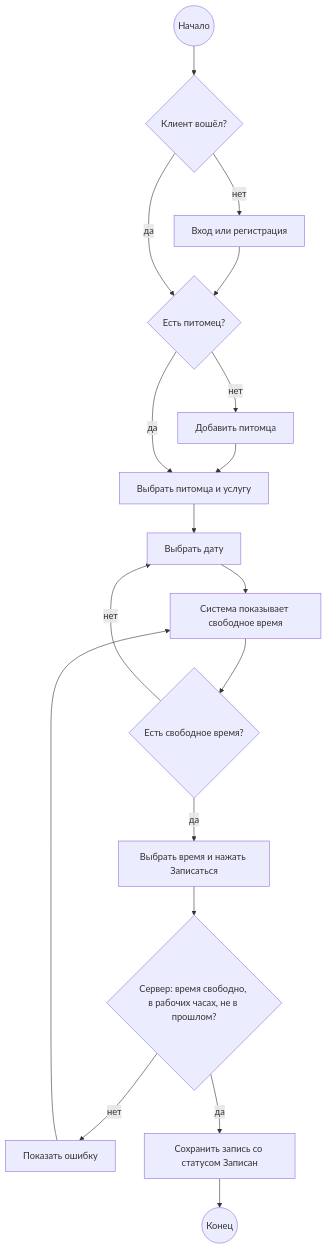
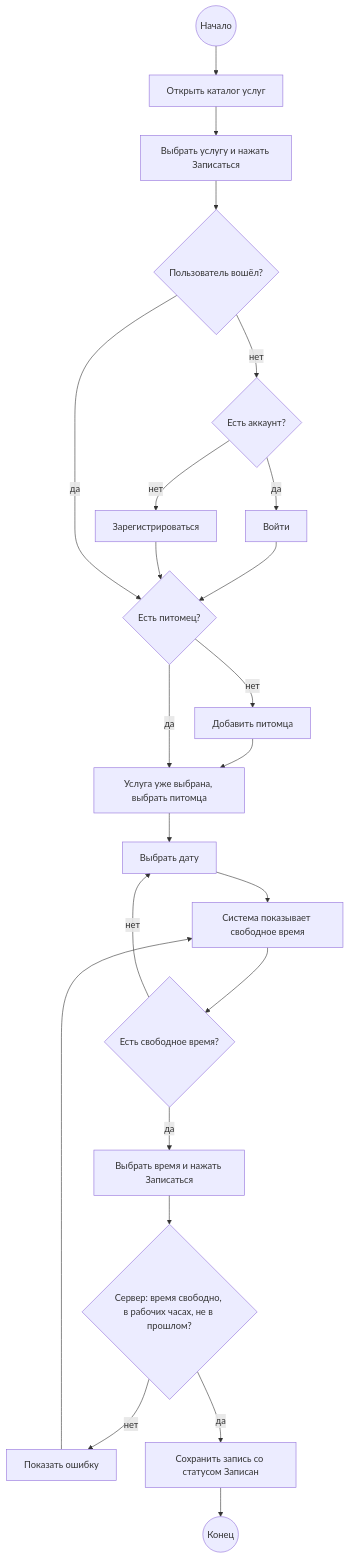
The second of 5 diagrams in docs/2_proektirovanie.md (pvts19/Gruminf_SPO), drawn with Mermaid before and after one commit. The commit also changed 15 other files, not shown here.

Commit message:
Сначала выбор услуги, потом вход или регистрация; часовой пояс в Docker

````diff
--- a/docs/2_proektirovanie.md
+++ b/docs/2_proektirovanie.md
@@ -53,17 +53,23 @@
 ```mermaid
 flowchart TD
-    start((Начало)) --> login{Клиент вошёл?}
-    login -- нет --> doLogin[Вход или регистрация] --> hasPet
+    start((Начало)) --> catalog[Открыть каталог услуг]
+    catalog --> service[Выбрать услугу и нажать Записаться]
+    service --> login{Пользователь вошёл?}
+    login -- нет --> hasAcc{Есть аккаунт?}
+    hasAcc -- да --> doLogin[Войти]
+    hasAcc -- нет --> doReg[Зарегистрироваться]
+    doLogin --> hasPet
+    doReg --> hasPet
     login -- да --> hasPet{Есть питомец?}
     hasPet -- нет --> addPet[Добавить питомца] --> choose
-    hasPet -- да --> choose[Выбрать питомца и услугу]
+    hasPet -- да --> choose[Услуга уже выбрана, выбрать питомца]
     choose --> date[Выбрать дату]
     date --> slots[Система показывает свободное время]
     slots --> any{Есть свободное время?}
     any -- нет --> date
     any -- да --> pick[Выбрать время и нажать Записаться]
     pick --> check{Сервер: время свободно, в рабочих часах, не в прошлом?}
     check -- нет --> err[Показать ошибку] --> slots
     check -- да --> save[Сохранить запись со статусом Записан]
     save --> done((Конец))
 ```
````
